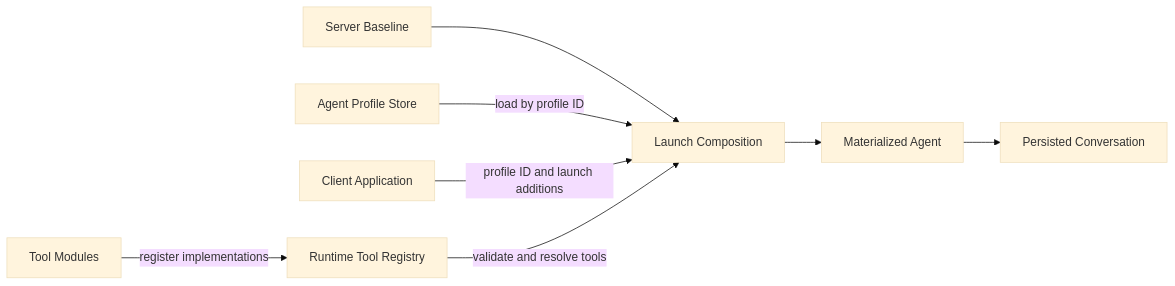
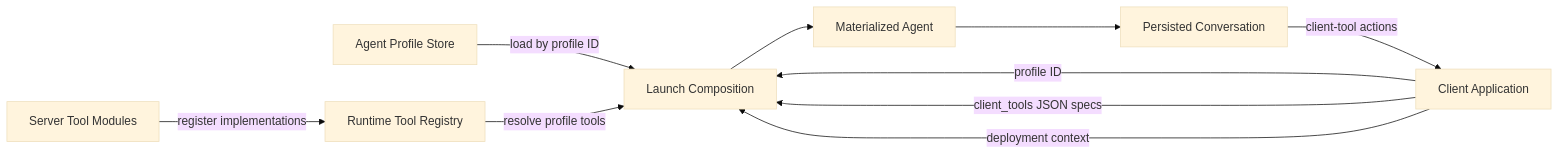
Before and after one commit to OpenHands/docs: the first of 2 diagrams in sdk/arch/agent-profiles.mdx, drawn with Mermaid (base theme). The commit also changed other lines of this file and 1 other file, not shown here.

Commit message:
docs(sdk): distinguish client tools from launch context

````diff
--- a/sdk/arch/agent-profiles.mdx
+++ b/sdk/arch/agent-profiles.mdx
@@ -21,10 +21,12 @@
 ```mermaid
 flowchart LR
-    Modules["Tool Modules"] -->|register implementations| Registry["Runtime Tool Registry"]
-    Baseline["Server Baseline"] --> Compose["Launch Composition"]
-    Profiles["Agent Profile Store"] -->|load by profile ID| Compose
-    Client["Client Application"] -->|profile ID and launch additions| Compose
-    Registry -->|validate and resolve tools| Compose
+    Modules["Server Tool Modules"] -->|register implementations| Registry["Runtime Tool Registry"]
+    Profiles["Agent Profile Store"] -->|load by profile ID| Compose["Launch Composition"]
+    Registry -->|resolve profile tools| Compose
+    Client["Client Application"] -->|profile ID| Compose
+    Client -->|client_tools JSON specs| Compose
+    Client -->|deployment context| Compose
     Compose --> Agent["Materialized Agent"]
     Agent --> Conversation["Persisted Conversation"]
+    Conversation -->|client-tool actions| Client
 ```
````
